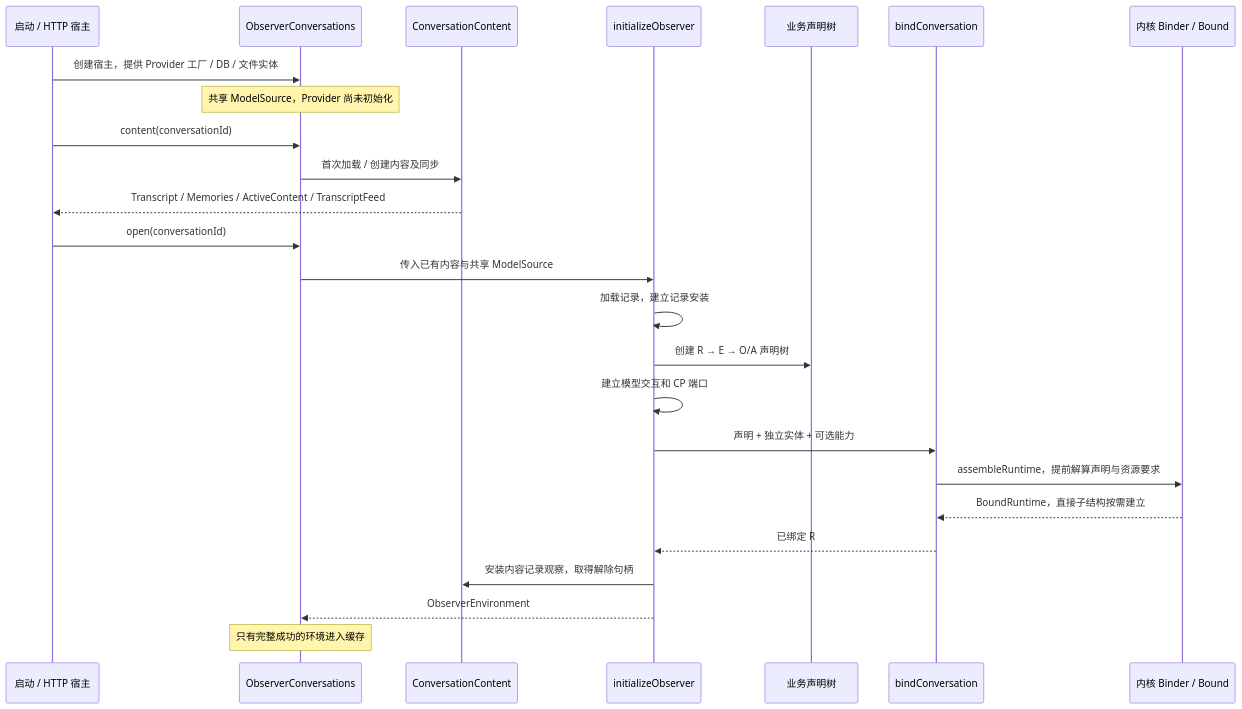
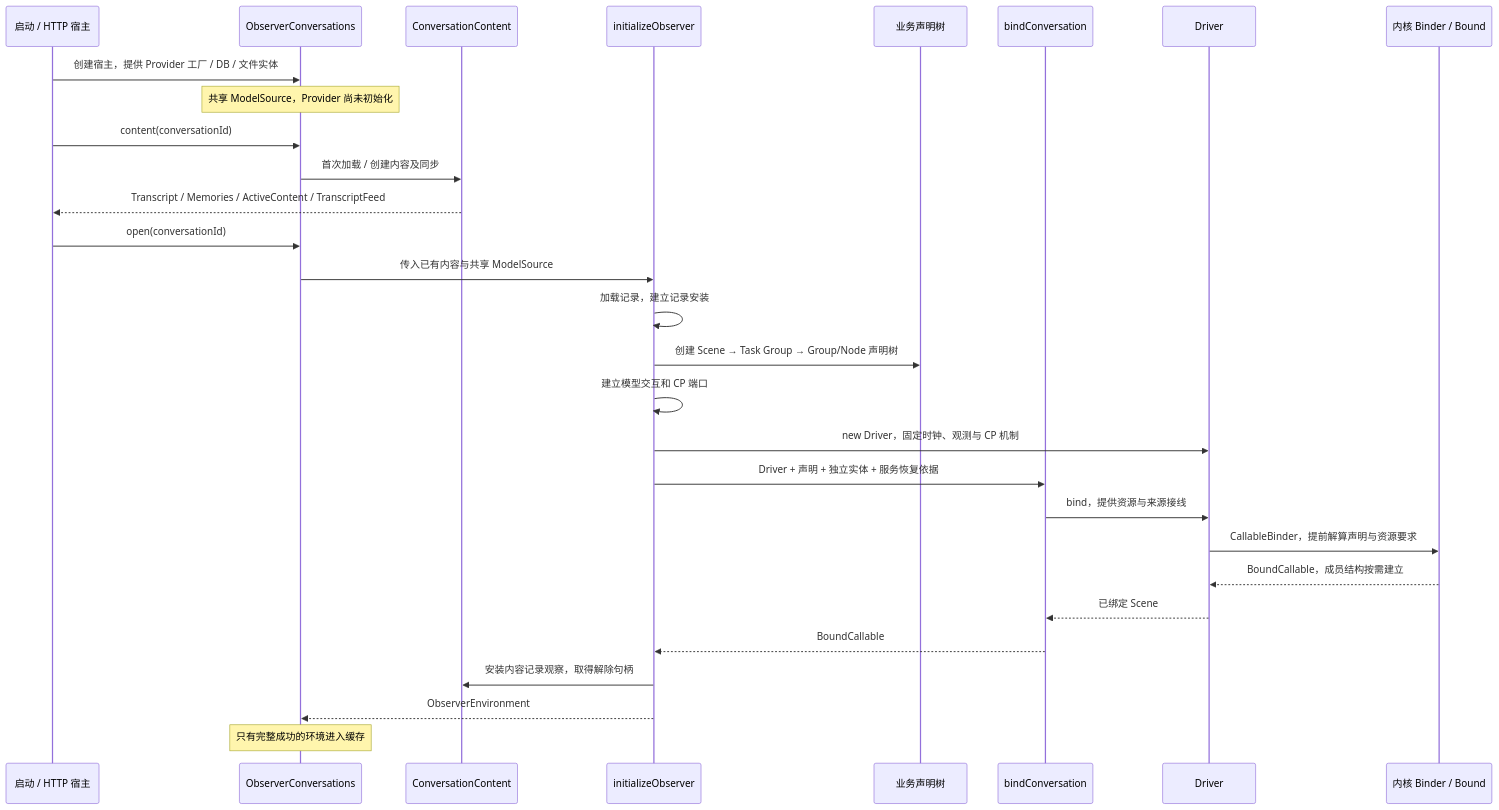
Before and after one commit to weiliang0121/capix: the first of 2 diagrams in docs/service-assembly.md, drawn with Mermaid. The commit also changed other lines of this file and 395 other files, not shown here.

First line of the commit message:
refactor: unify callable structures and explicit driver binding

````diff
--- a/docs/service-assembly.md
+++ b/docs/service-assembly.md
@@ -22,27 +22,31 @@
 ```mermaid
 sequenceDiagram
     participant App as 启动 / HTTP 宿主
     participant Host as ObserverConversations
     participant Content as ConversationContent
     participant Init as initializeObserver
     participant Def as 业务声明树
     participant Bind as bindConversation
+    participant Driver as Driver
     participant Kernel as 内核 Binder / Bound
     App->>Host: 创建宿主，提供 Provider 工厂 / DB / 文件实体
     Note over Host: 共享 ModelSource，Provider 尚未初始化
     App->>Host: content(conversationId)
     Host->>Content: 首次加载 / 创建内容及同步
     Content-->>App: Transcript / Memories / ActiveContent / TranscriptFeed
     App->>Host: open(conversationId)
     Host->>Init: 传入已有内容与共享 ModelSource
     Init->>Init: 加载记录，建立记录安装
-    Init->>Def: 创建 R → E → O/A 声明树
+    Init->>Def: 创建 Scene → Task Group → Group/Node 声明树
     Init->>Init: 建立模型交互和 CP 端口
-    Init->>Bind: 声明 + 独立实体 + 可选能力
-    Bind->>Kernel: assembleRuntime，提前解算声明与资源要求
-    Kernel-->>Bind: BoundRuntime，直接子结构按需建立
-    Bind-->>Init: 已绑定 R
+    Init->>Driver: new Driver，固定时钟、观测与 CP 机制
+    Init->>Bind: Driver + 声明 + 独立实体 + 服务恢复依据
+    Bind->>Driver: bind，提供资源与来源接线
+    Driver->>Kernel: CallableBinder，提前解算声明与资源要求
+    Kernel-->>Driver: BoundCallable，成员结构按需建立
+    Driver-->>Bind: 已绑定 Scene
+    Bind-->>Init: BoundCallable
     Init->>Content: 安装内容记录观察，取得解除句柄
     Init-->>Host: ObserverEnvironment
     Note over Host: 只有完整成功的环境进入缓存
 ```
````
